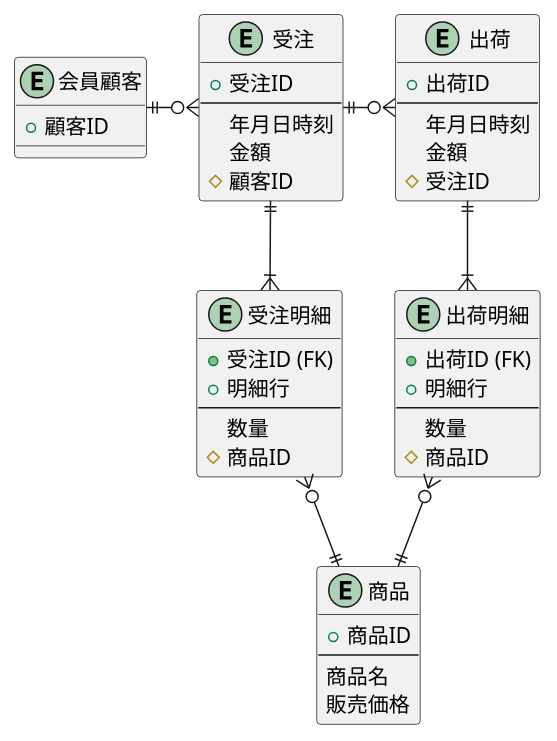
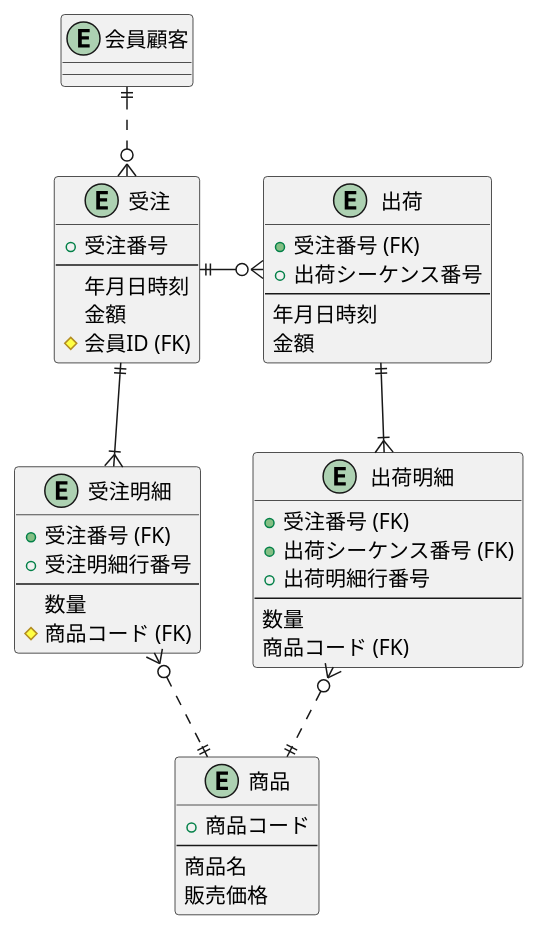
One commit to yinm/uml-modeling-lesson changed the diagram in ch13/excercise/13-1.puml. Above: the diagram before and after it, drawn with PlantUML. The commit also changed 1 other file, not shown here.

```diff
--- a/ch13/excercise/13-1.puml
+++ b/ch13/excercise/13-1.puml
@@ -1,53 +1,53 @@
 @startuml
 
 entity 会員顧客 {
-  + 顧客ID
 }
 
 entity 受注 {
-  + 受注ID
+  + 受注番号
   ---
   年月日時刻
   金額
-  # 顧客ID
+  # 会員ID (FK)
 }
 
 entity 受注明細 {
-  + 受注ID (FK)
-  + 明細行
+  + 受注番号 (FK)
+  + 受注明細行番号
   ---
   数量
-  # 商品ID
+  # 商品コード (FK)
 }
 
 entity 出荷 {
-  + 出荷ID
+  + 受注番号 (FK)
+  + 出荷シーケンス番号
   ---
   年月日時刻
   金額
-  # 受注ID
 }
 
 entity 出荷明細 {
-  + 出荷ID (FK)
-  + 明細行
+  + 受注番号 (FK)
+  + 出荷シーケンス番号 (FK)
+  + 出荷明細行番号
   ---
   数量
-  # 商品ID
+  商品コード (FK)
 }
 
 entity 商品 {
-  + 商品ID
+  + 商品コード
   ---
   商品名
   販売価格
 }
 
-会員顧客 ||-r-o{ 受注
+会員顧客 ||..o{ 受注
 受注 ||--|{ 受注明細
 受注 ||-r-o{ 出荷
 出荷 ||--|{ 出荷明細
-受注明細 }o--|| 商品
-出荷明細 }o--|| 商品
+受注明細 }o..|| 商品
+出荷明細 }o..|| 商品
 
 @enduml
```
